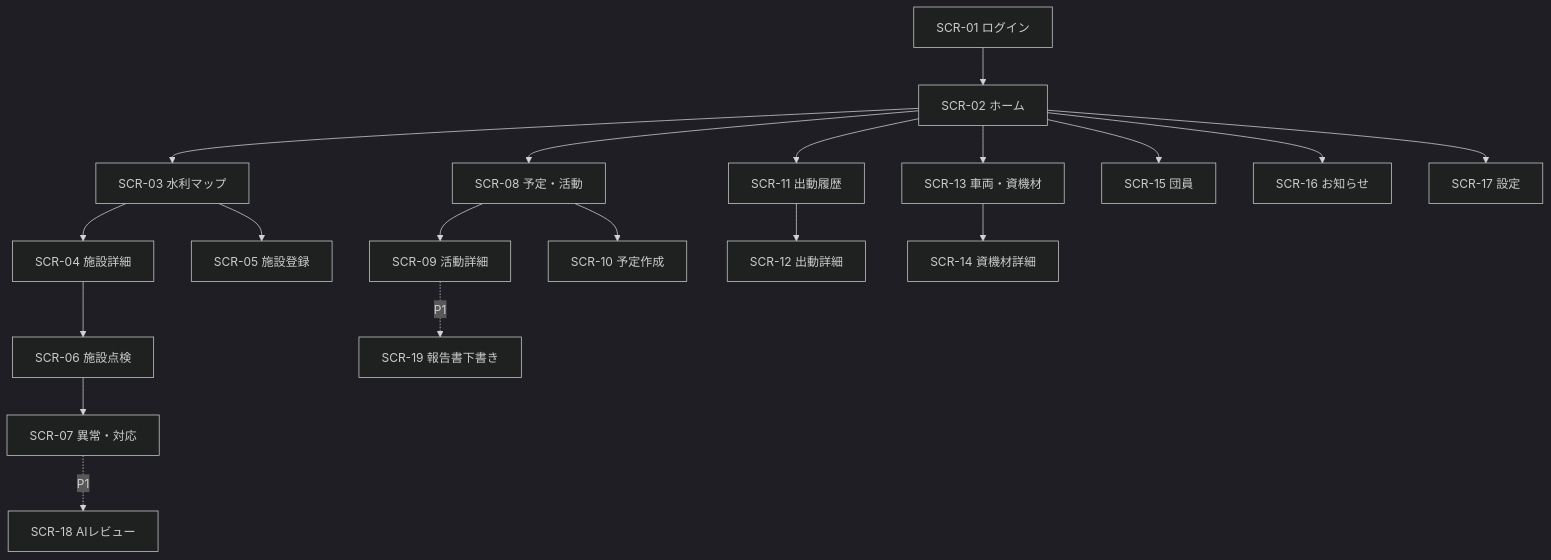
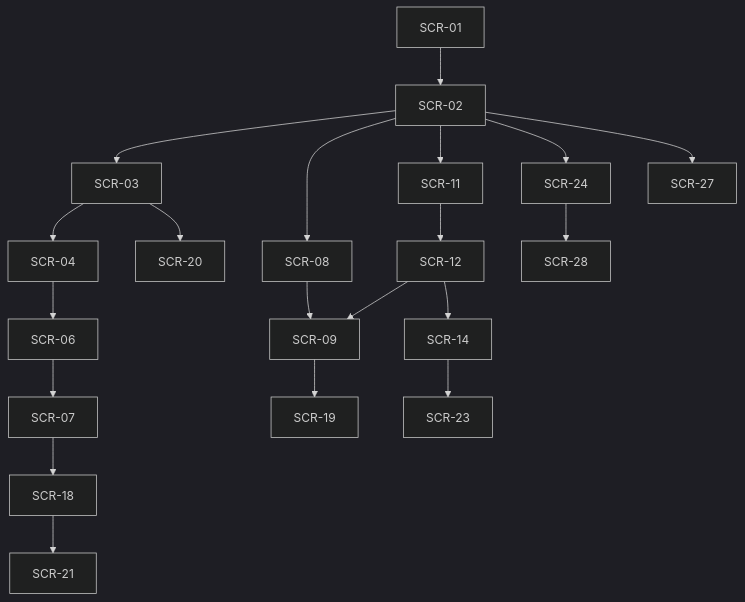
One commit to misty-swan/fire-os changed the diagram in docs/03_画面設計・遷移.md. Above: the diagram before and after it, drawn with Mermaid (dark theme). The commit also changed other lines of this file and 18 other files, not shown here.

````diff
--- a/docs/03_画面設計・遷移.md
+++ b/docs/03_画面設計・遷移.md
@@ -41,21 +46,22 @@
 ```mermaid
 flowchart TD
-  Login[SCR-01 ログイン] --> Home[SCR-02 ホーム]
-  Home --> Map[SCR-03 水利マップ]
-  Map --> Facility[SCR-04 施設詳細]
-  Map --> NewF[SCR-05 施設登録]
-  Facility --> Inspection[SCR-06 施設点検]
-  Inspection --> Issues[SCR-07 異常・対応]
-  Home --> Activities[SCR-08 予定・活動]
-  Activities --> Activity[SCR-09 活動詳細]
-  Activities --> NewA[SCR-10 予定作成]
-  Home --> Incidents[SCR-11 出動履歴]
-  Incidents --> Incident[SCR-12 出動詳細]
-  Home --> Assets[SCR-13 車両・資機材]
-  Assets --> Asset[SCR-14 資機材詳細]
-  Home --> Members[SCR-15 団員]
-  Home --> Notice[SCR-16 お知らせ]
-  Home --> Admin[SCR-17 設定]
-  Issues -. P1 .-> AI[SCR-18 AIレビュー]
-  Activity -. P1 .-> Report[SCR-19 報告書下書き]
+  Login[SCR-01] --> Home[SCR-02]
+  Home --> Map[SCR-03]
+  Map --> Detail[SCR-04]
+  Detail --> Inspection[SCR-06]
+  Inspection --> Issue[SCR-07]
+  Issue --> Review[SCR-18]
+  Review --> Task[SCR-21]
+  Home --> Act[SCR-08]
+  Act --> Actual[SCR-09]
+  Actual --> Report[SCR-19]
+  Home --> Inc[SCR-11]
+  Inc --> IncDetail[SCR-12]
+  IncDetail --> Actual
+  IncDetail --> Asset[SCR-14]
+  Asset --> AssetInspect[SCR-23]
+  Home --> Doc[SCR-24]
+  Doc --> Assistant[SCR-28]
+  Home --> Sync[SCR-27]
+  Map --> CSV[SCR-20]
 ```
````
